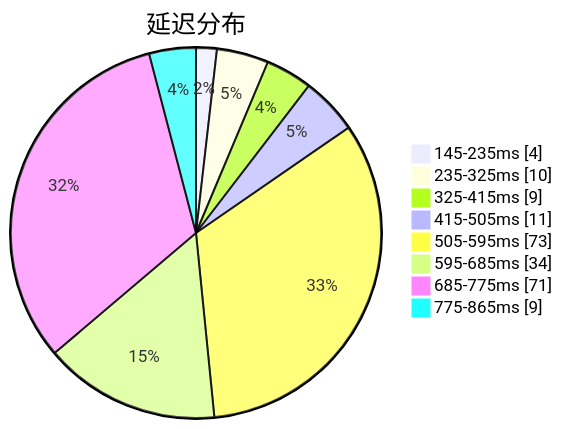
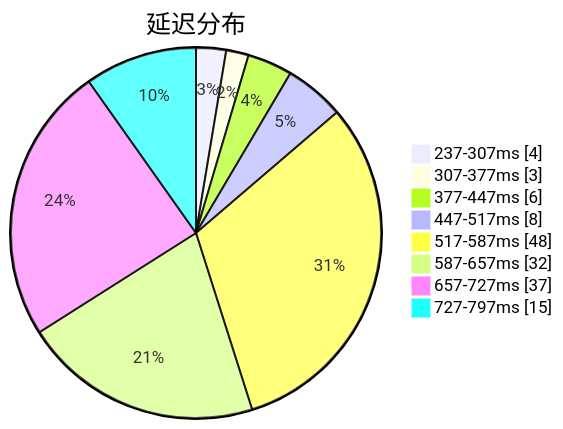
Before and after one commit to sinspired/airport: the first of 3 diagrams in subs/statistics/tested_within.md, drawn with Mermaid. The commit also changed other lines of this file and 2 other files, not shown here.

````diff
--- a/subs/statistics/tested_within.md
+++ b/subs/statistics/tested_within.md
@@ -2,12 +2,12 @@
 ```mermaid
 pie showData
 title 延迟分布
-"145-235ms" : 4
-"235-325ms" : 10
-"325-415ms" : 9
-"415-505ms" : 11
-"505-595ms" : 73
-"595-685ms" : 34
-"685-775ms" : 71
-"775-865ms" : 9
+"237-307ms" : 4
+"307-377ms" : 3
+"377-447ms" : 6
+"447-517ms" : 8
+"517-587ms" : 48
+"587-657ms" : 32
+"657-727ms" : 37
+"727-797ms" : 15
 ```
````
